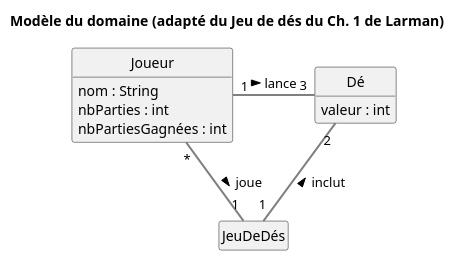
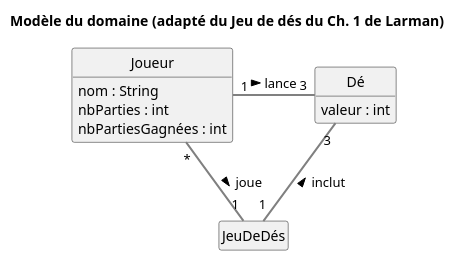
The diagram in docs/modeles/mdd.puml (cc-probitaille/laboratoire-0-F1RM3X), drawn with PlantUML before and after one commit. The commit also changed 6 other files, not shown here.

```diff
--- a/docs/modeles/mdd.puml
+++ b/docs/modeles/mdd.puml
@@ -1,20 +1,20 @@
 @startuml MDD
 skinparam style strictuml
 skinparam ArrowThickness 2
 skinparam ArrowColor #gray
 hide empty members
 title Modèle du domaine (adapté du Jeu de dés du Ch. 1 de Larman)
 class Joueur {
   nom : String
   nbParties : int
   nbPartiesGagnées : int
 }
 class Dé {
   valeur : int
 }
 class JeuDeDés
 ' associations
 Joueur "*" -down- "1" JeuDeDés : joue >
 Joueur "1" -right- "3" Dé : lance >
-JeuDeDés "1" -up- "2" Dé : inclut >
+JeuDeDés "1" -up- "3" Dé : inclut >
 @enduml
```
